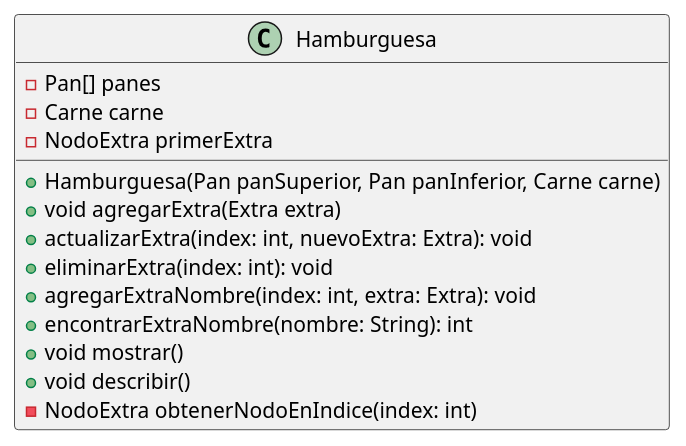
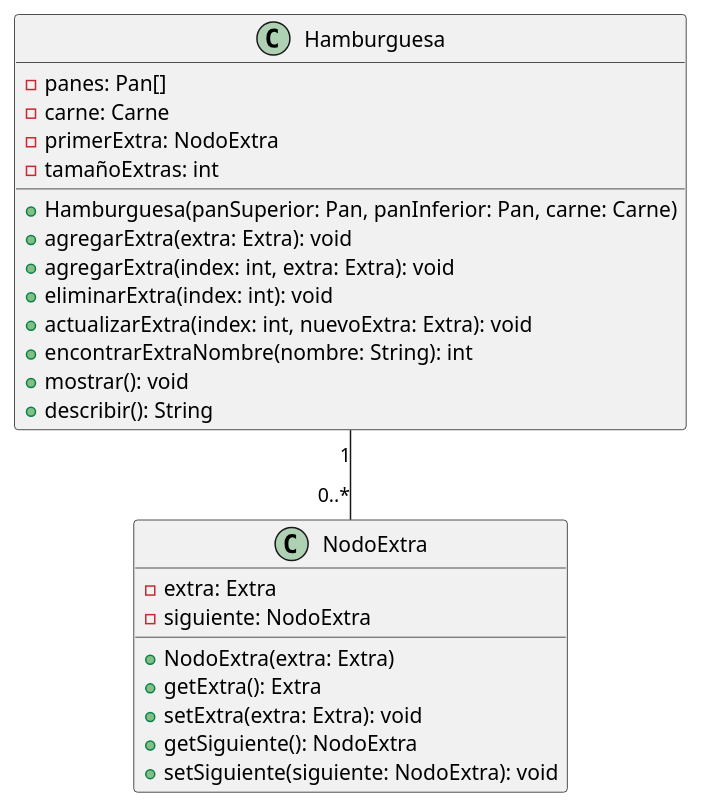
Before and after one commit to Ingenieria-Informatica-UNEATLANTICO/23-24-eda1-examen-extraordinario-BrendaLopes: the diagram in modelosUML/modelo.puml, drawn with PlantUML. The commit also changed 2 other files, not shown here.

Commit message:
png and modelo uml atualizado

```diff
--- a/modelosUML/modelo.puml
+++ b/modelosUML/modelo.puml
@@ -1,18 +1,31 @@
 @startuml
+class Hamburguesa {
+    - panes: Pan[]
+    - carne: Carne
+    - primerExtra: NodoExtra
+    - tamañoExtras: int
 
-class Hamburguesa {
-    -Pan[] panes
-    -Carne carne
-    -NodoExtra primerExtra
-    +Hamburguesa(Pan panSuperior, Pan panInferior, Carne carne)
-    +void agregarExtra(Extra extra)
-    + actualizarExtra(index: int, nuevoExtra: Extra): void 
-    + eliminarExtra(index: int): void     
-    + agregarExtraNombre(index: int, extra: Extra): void 
-    + encontrarExtraNombre(nombre: String): int 
-    +void mostrar()
-    +void describir()
-    -NodoExtra obtenerNodoEnIndice(index: int)
+    + Hamburguesa(panSuperior: Pan, panInferior: Pan, carne: Carne)
+    + agregarExtra(extra: Extra): void
+    + agregarExtra(index: int, extra: Extra): void
+    + eliminarExtra(index: int): void
+    + actualizarExtra(index: int, nuevoExtra: Extra): void
+    + encontrarExtraNombre(nombre: String): int
+    + mostrar(): void
+    + describir(): String
 }
 
+class NodoExtra {
+    - extra: Extra
+    - siguiente: NodoExtra
+
+    + NodoExtra(extra: Extra)
+    + getExtra(): Extra
+    + setExtra(extra: Extra): void
+    + getSiguiente(): NodoExtra
+    + setSiguiente(siguiente: NodoExtra): void
+}
+
+Hamburguesa "1" -- "0..*" NodoExtra
+
 @enduml
```
